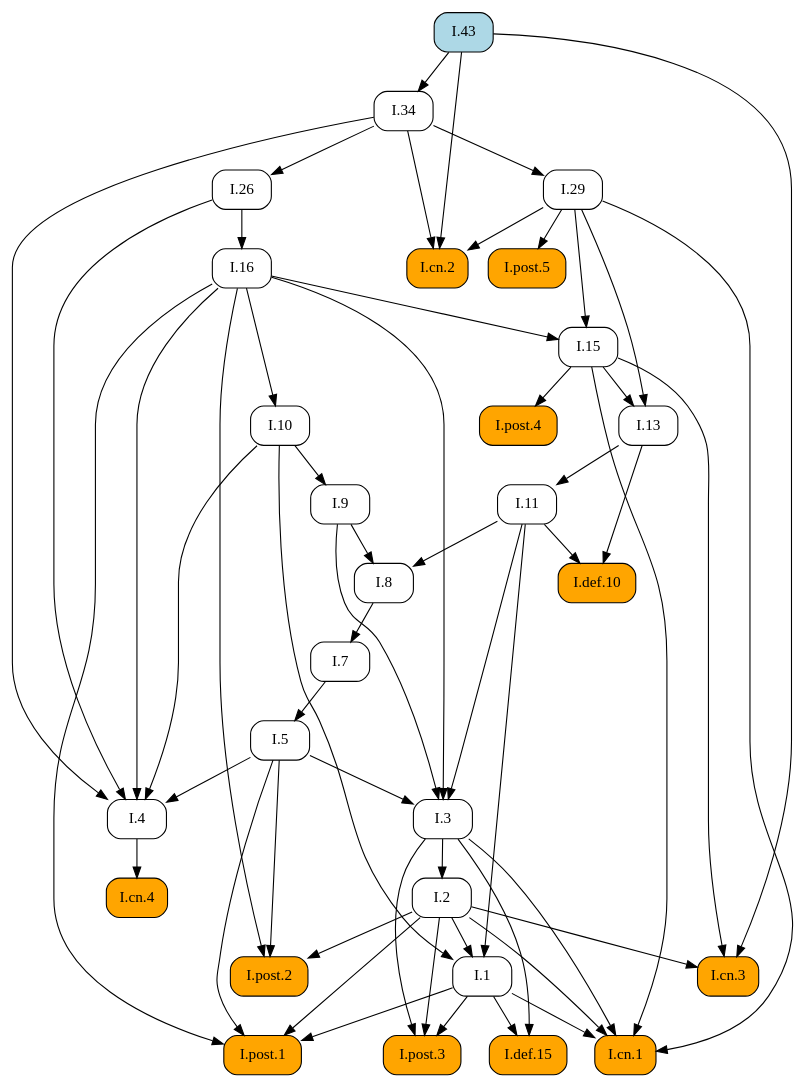
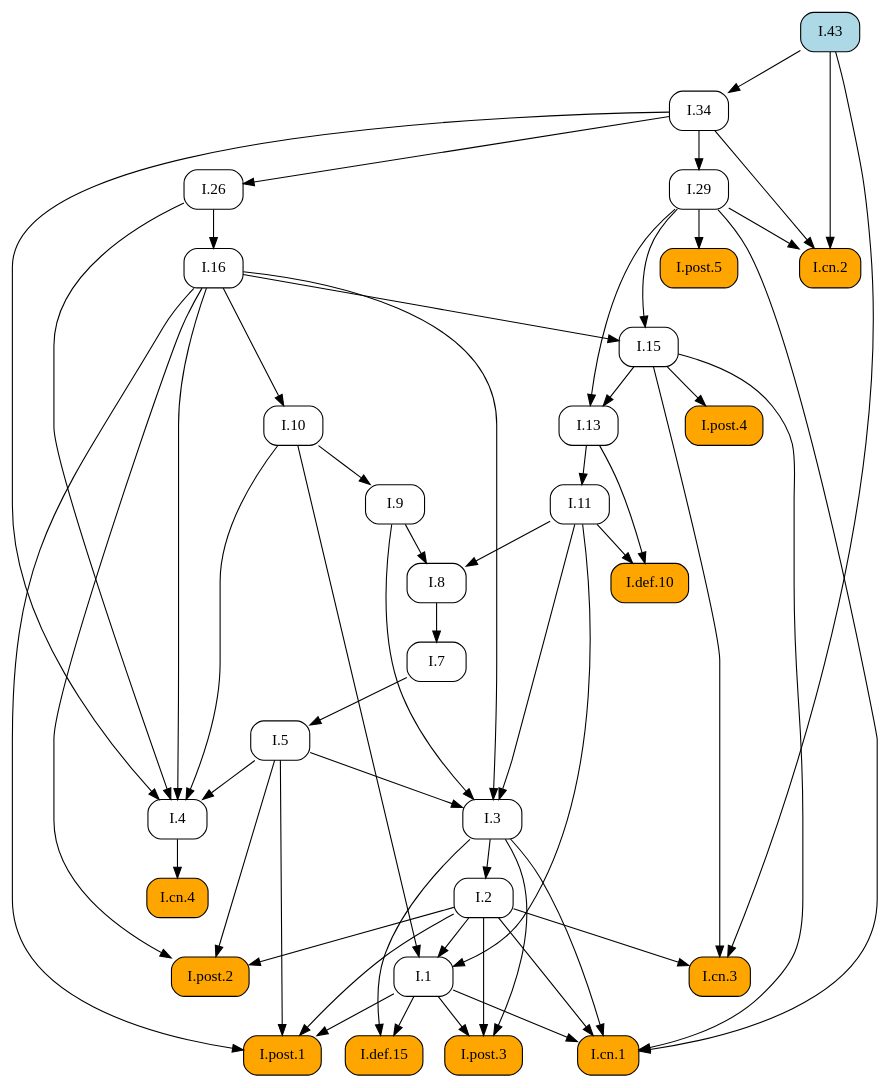
One commit to geometor/elements changed the diagram in docsrc/elements2/I/43/index.rst. Above: the diagram before and after it, drawn with Graphviz. The commit also changed other lines of this file and 409 other files, not shown here.

First line of the commit message:
feat: Add image cropping and graphic extraction script

```diff
--- a/docsrc/elements2/I/43/index.rst
+++ b/docsrc/elements2/I/43/index.rst
@@ -73,88 +73,88 @@
    digraph {
      rankdir="TB";
      node [shape=box, style=rounded];
+     "I.43" [style="rounded,filled", fillcolor=lightblue, URL="/elements2/I/43/", target="_top"];
+     "I.def.15" [style="rounded,filled", fillcolor=orange, URL="/elements2/I/def.15/", target="_top"];
+     "I.def.10" [style="rounded,filled", fillcolor=orange, URL="/elements2/I/def.10/", target="_top"];
+     "I.11" [URL="/elements2/I/11/", target="_top"];
+     "I.cn.2" [style="rounded,filled", fillcolor=orange, URL="/elements2/I/cn.2/", target="_top"];
      "I.8" [URL="/elements2/I/8/", target="_top"];
-     "I.post.3" [style="rounded,filled", fillcolor=orange, URL="/elements2/I/post.3/", target="_top"];
-     "I.cn.3" [style="rounded,filled", fillcolor=orange, URL="/elements2/I/cn.3/", target="_top"];
-     "I.cn.4" [style="rounded,filled", fillcolor=orange, URL="/elements2/I/cn.4/", target="_top"];
-     "I.1" [URL="/elements2/I/1/", target="_top"];
-     "I.7" [URL="/elements2/I/7/", target="_top"];
-     "I.post.1" [style="rounded,filled", fillcolor=orange, URL="/elements2/I/post.1/", target="_top"];
-     "I.9" [URL="/elements2/I/9/", target="_top"];
+     "I.15" [URL="/elements2/I/15/", target="_top"];
      "I.5" [URL="/elements2/I/5/", target="_top"];
      "I.post.5" [style="rounded,filled", fillcolor=orange, URL="/elements2/I/post.5/", target="_top"];
+     "I.3" [URL="/elements2/I/3/", target="_top"];
+     "I.10" [URL="/elements2/I/10/", target="_top"];
+     "I.26" [URL="/elements2/I/26/", target="_top"];
      "I.cn.1" [style="rounded,filled", fillcolor=orange, URL="/elements2/I/cn.1/", target="_top"];
+     "I.cn.3" [style="rounded,filled", fillcolor=orange, URL="/elements2/I/cn.3/", target="_top"];
+     "I.13" [URL="/elements2/I/13/", target="_top"];
+     "I.4" [URL="/elements2/I/4/", target="_top"];
+     "I.post.3" [style="rounded,filled", fillcolor=orange, URL="/elements2/I/post.3/", target="_top"];
+     "I.7" [URL="/elements2/I/7/", target="_top"];
+     "I.9" [URL="/elements2/I/9/", target="_top"];
      "I.29" [URL="/elements2/I/29/", target="_top"];
-     "I.def.10" [style="rounded,filled", fillcolor=orange, URL="/elements2/I/def.10/", target="_top"];
+     "I.16" [URL="/elements2/I/16/", target="_top"];
+     "I.post.1" [style="rounded,filled", fillcolor=orange, URL="/elements2/I/post.1/", target="_top"];
+     "I.2" [URL="/elements2/I/2/", target="_top"];
+     "I.34" [URL="/elements2/I/34/", target="_top"];
+     "I.cn.4" [style="rounded,filled", fillcolor=orange, URL="/elements2/I/cn.4/", target="_top"];
      "I.post.4" [style="rounded,filled", fillcolor=orange, URL="/elements2/I/post.4/", target="_top"];
-     "I.16" [URL="/elements2/I/16/", target="_top"];
-     "I.cn.2" [style="rounded,filled", fillcolor=orange, URL="/elements2/I/cn.2/", target="_top"];
-     "I.13" [URL="/elements2/I/13/", target="_top"];
-     "I.2" [URL="/elements2/I/2/", target="_top"];
-     "I.def.15" [style="rounded,filled", fillcolor=orange, URL="/elements2/I/def.15/", target="_top"];
-     "I.4" [URL="/elements2/I/4/", target="_top"];
-     "I.11" [URL="/elements2/I/11/", target="_top"];
-     "I.10" [URL="/elements2/I/10/", target="_top"];
-     "I.15" [URL="/elements2/I/15/", target="_top"];
-     "I.43" [style="rounded,filled", fillcolor=lightblue, URL="/elements2/I/43/", target="_top"];
-     "I.3" [URL="/elements2/I/3/", target="_top"];
+     "I.1" [URL="/elements2/I/1/", target="_top"];
      "I.post.2" [style="rounded,filled", fillcolor=orange, URL="/elements2/I/post.2/", target="_top"];
-     "I.34" [URL="/elements2/I/34/", target="_top"];
-     "I.26" [URL="/elements2/I/26/", target="_top"];
+     "I.1" -> "I.def.15";
+     "I.3" -> "I.def.15";
+     "I.11" -> "I.def.10";
+     "I.13" -> "I.def.10";
+     "I.13" -> "I.11";
+     "I.29" -> "I.cn.2";
+     "I.34" -> "I.cn.2";
+     "I.43" -> "I.cn.2";
      "I.9" -> "I.8";
      "I.11" -> "I.8";
-     "I.1" -> "I.post.3";
-     "I.2" -> "I.post.3";
-     "I.3" -> "I.post.3";
-     "I.2" -> "I.cn.3";
-     "I.15" -> "I.cn.3";
-     "I.43" -> "I.cn.3";
-     "I.4" -> "I.cn.4";
-     "I.2" -> "I.1";
-     "I.10" -> "I.1";
-     "I.11" -> "I.1";
-     "I.8" -> "I.7";
-     "I.1" -> "I.post.1";
-     "I.2" -> "I.post.1";
-     "I.5" -> "I.post.1";
-     "I.16" -> "I.post.1";
-     "I.10" -> "I.9";
+     "I.16" -> "I.15";
+     "I.29" -> "I.15";
      "I.7" -> "I.5";
      "I.29" -> "I.post.5";
+     "I.5" -> "I.3";
+     "I.9" -> "I.3";
+     "I.11" -> "I.3";
+     "I.16" -> "I.3";
+     "I.16" -> "I.10";
+     "I.34" -> "I.26";
      "I.1" -> "I.cn.1";
      "I.2" -> "I.cn.1";
      "I.3" -> "I.cn.1";
      "I.15" -> "I.cn.1";
      "I.29" -> "I.cn.1";
-     "I.34" -> "I.29";
-     "I.11" -> "I.def.10";
-     "I.13" -> "I.def.10";
-     "I.15" -> "I.post.4";
-     "I.26" -> "I.16";
-     "I.29" -> "I.cn.2";
-     "I.34" -> "I.cn.2";
-     "I.43" -> "I.cn.2";
+     "I.2" -> "I.cn.3";
+     "I.15" -> "I.cn.3";
+     "I.43" -> "I.cn.3";
      "I.15" -> "I.13";
      "I.29" -> "I.13";
-     "I.3" -> "I.2";
-     "I.1" -> "I.def.15";
-     "I.3" -> "I.def.15";
      "I.5" -> "I.4";
      "I.10" -> "I.4";
      "I.16" -> "I.4";
      "I.26" -> "I.4";
      "I.34" -> "I.4";
-     "I.13" -> "I.11";
-     "I.16" -> "I.10";
-     "I.16" -> "I.15";
-     "I.29" -> "I.15";
-     "I.5" -> "I.3";
-     "I.9" -> "I.3";
-     "I.11" -> "I.3";
-     "I.16" -> "I.3";
+     "I.1" -> "I.post.3";
+     "I.2" -> "I.post.3";
+     "I.3" -> "I.post.3";
+     "I.8" -> "I.7";
+     "I.10" -> "I.9";
+     "I.34" -> "I.29";
+     "I.26" -> "I.16";
+     "I.1" -> "I.post.1";
+     "I.2" -> "I.post.1";
+     "I.5" -> "I.post.1";
+     "I.16" -> "I.post.1";
+     "I.3" -> "I.2";
+     "I.43" -> "I.34";
+     "I.4" -> "I.cn.4";
+     "I.15" -> "I.post.4";
+     "I.2" -> "I.1";
+     "I.10" -> "I.1";
+     "I.11" -> "I.1";
      "I.2" -> "I.post.2";
      "I.5" -> "I.post.2";
      "I.16" -> "I.post.2";
-     "I.43" -> "I.34";
-     "I.34" -> "I.26";
    }
```
